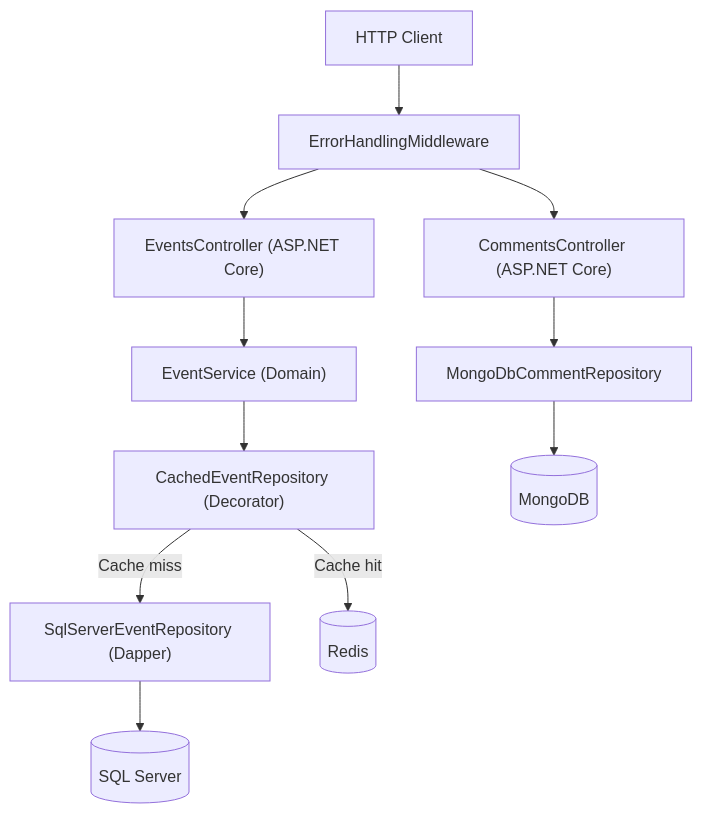
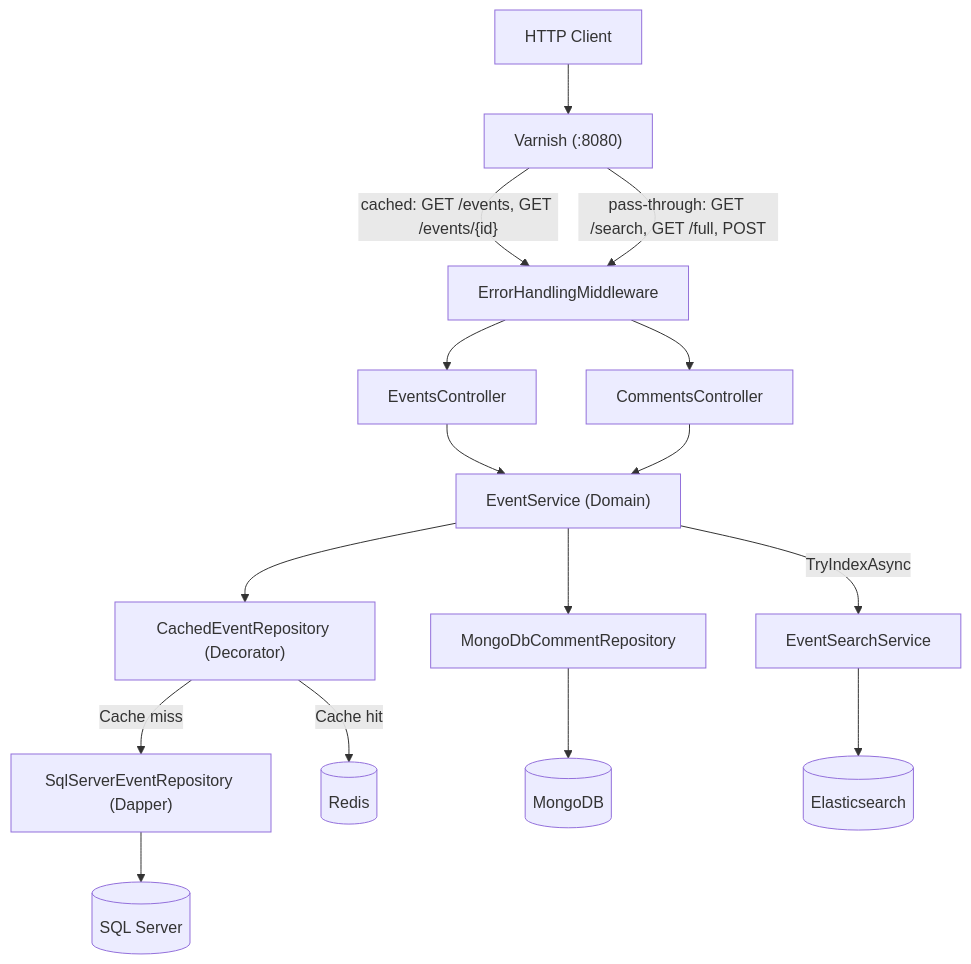
One commit to LaurentCondoure/EventManager changed the first of 3 diagrams in documents/Technical/Architecture.md. Above: the diagram before and after it, drawn with Mermaid. The commit also changed other lines of this file and 8 other files, not shown here.

Commit message:
docs: update project's documents. Completed test strategy, update Architecture and flows

````diff
--- a/documents/Technical/Architecture.md
+++ b/documents/Technical/Architecture.md
@@ -7,24 +7,33 @@
 ```mermaid
 graph TD
     Client["HTTP Client"]
-    API["EventsController (ASP.NET Core)"]
-    CommentsAPI["CommentsController (ASP.NET Core)"]
+    Varnish["Varnish (:8080)"]
+    EH["ErrorHandlingMiddleware"]
+    API["EventsController"]
+    CommentsAPI["CommentsController"]
     Service["EventService (Domain)"]
     Cache["CachedEventRepository (Decorator)"]
     Repo["SqlServerEventRepository (Dapper)"]
     CommentRepo["MongoDbCommentRepository"]
+    SearchService["EventSearchService"]
     Redis[("Redis")]
     SQL[("SQL Server")]
     Mongo[("MongoDB")]
+    ES[("Elasticsearch")]
 
-    Client --> ErrorHandler
-    ErrorHandler["ErrorHandlingMiddleware"] --> API
-    ErrorHandler --> CommentsAPI
+    Client --> Varnish
+    Varnish -->|"cached: GET /events, GET /events/{id}"| EH
+    Varnish -->|"pass-through: GET /search, GET /full, POST"| EH
+    EH --> API
+    EH --> CommentsAPI
     API --> Service
+    CommentsAPI --> Service
     Service --> Cache
+    Service --> CommentRepo
+    Service -->|TryIndexAsync| SearchService
     Cache -->|Cache hit| Redis
     Cache -->|Cache miss| Repo
     Repo --> SQL
-    CommentsAPI --> CommentRepo
     CommentRepo --> Mongo
+    SearchService --> ES
 ```
````
